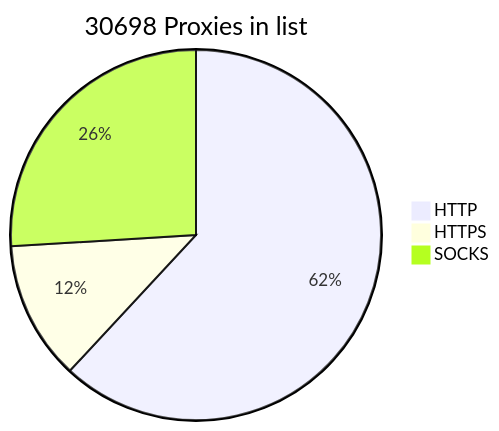
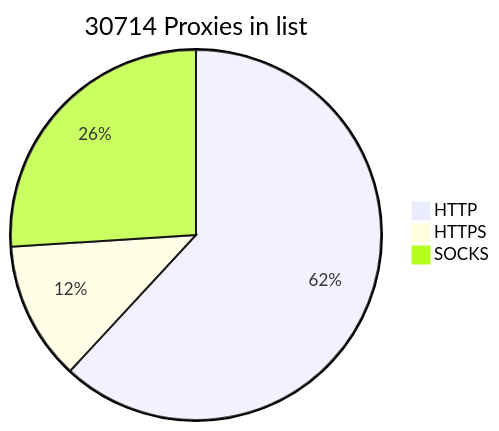
The diagram in README.md (BlackSnowDot/proxylist-update-every-minute), drawn with Mermaid before and after one commit.

````diff
--- a/README.md
+++ b/README.md
@@ -2,6 +2,6 @@
 ```mermaid
-pie title 30698 Proxies in list
+pie title 30714 Proxies in list
     "HTTP" : 20888
     "HTTPS": 4086
-    "SOCKS" : 8762
+    "SOCKS" : 8778
 ```
````
